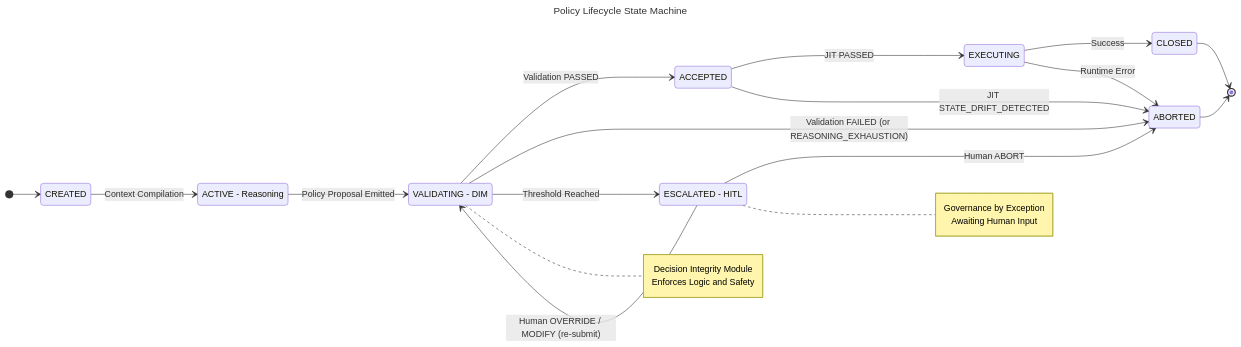
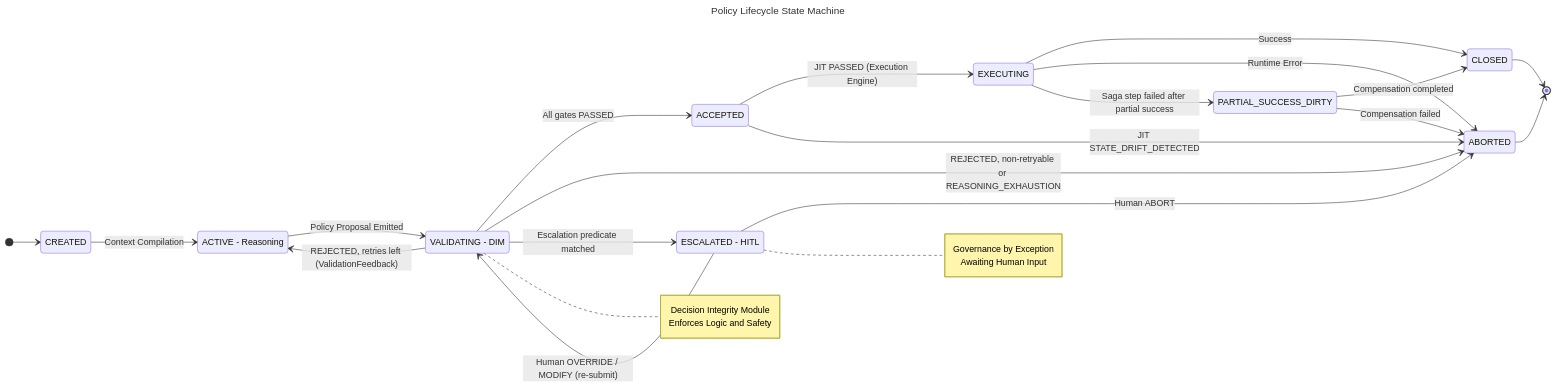
Before and after one commit to huka81/decision-intelligence-runtime: the ninth of 21 diagrams in docs/07-dir-minified/DIR-minified.md, drawn with Mermaid. The commit also changed other lines of this file and 4 other files, not shown here.

````diff
--- a/docs/07-dir-minified/DIR-minified.md
+++ b/docs/07-dir-minified/DIR-minified.md
@@ -1205,48 +1263,53 @@
 ```mermaid
 ---
 title: Policy Lifecycle State Machine
 config:
   look: classic
 ---
 stateDiagram-v2
     direction LR
 
     state "CREATED" as Created
     state "ACTIVE  -  Reasoning" as Active
     state "VALIDATING  -  DIM" as Validating
     state "ESCALATED  -  HITL" as Escalated
     state "ACCEPTED" as Accepted
     state "EXECUTING" as Executing
+    state "PARTIAL_SUCCESS_DIRTY" as Dirty
     state "CLOSED" as Closed
     state "ABORTED" as Aborted
 
     [*] --> Created
     Created --> Active : Context Compilation
 
     Active --> Validating : Policy Proposal Emitted
 
-    Validating --> Accepted : Validation PASSED
-    Validating --> Aborted : Validation FAILED (or REASONING_EXHAUSTION)
-    Validating --> Escalated : Threshold Reached
+    Validating --> Accepted : All gates PASSED
+    Validating --> Active : REJECTED, retries left (ValidationFeedback)
+    Validating --> Aborted : REJECTED, non-retryable or REASONING_EXHAUSTION
+    Validating --> Escalated : Escalation predicate matched
 
     Escalated --> Validating : Human OVERRIDE / MODIFY (re-submit)
     Escalated --> Aborted : Human ABORT
 
-    Accepted --> Executing : JIT PASSED
+    Accepted --> Executing : JIT PASSED (Execution Engine)
     Accepted --> Aborted   : JIT STATE_DRIFT_DETECTED
     Executing --> Closed : Success
     Executing --> Aborted : Runtime Error
+    Executing --> Dirty : Saga step failed after partial success
+    Dirty --> Closed : Compensation completed
+    Dirty --> Aborted : Compensation failed
 
     Closed --> [*]
     Aborted --> [*]
 
     note right of Validating
         Decision Integrity Module
         Enforces Logic and Safety
     end note
 
     note right of Escalated
         Governance by Exception
         Awaiting Human Input
     end note
 ```
````
